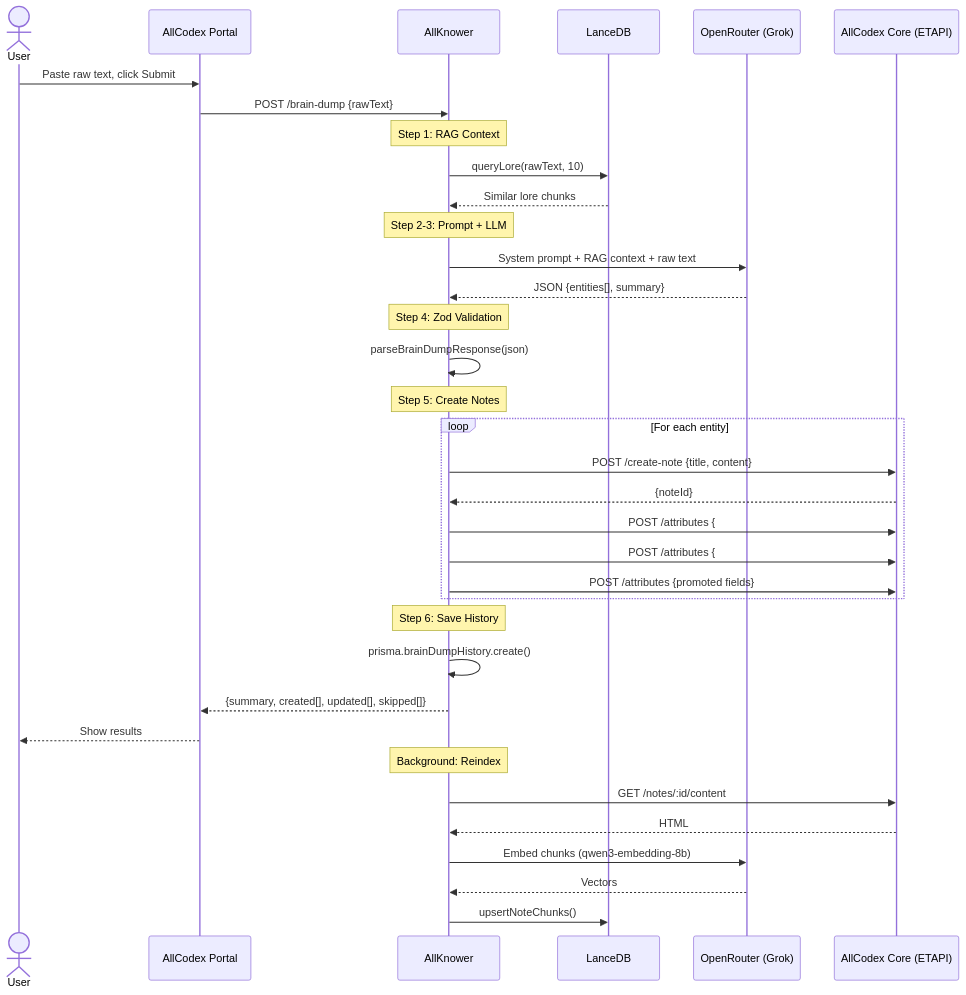
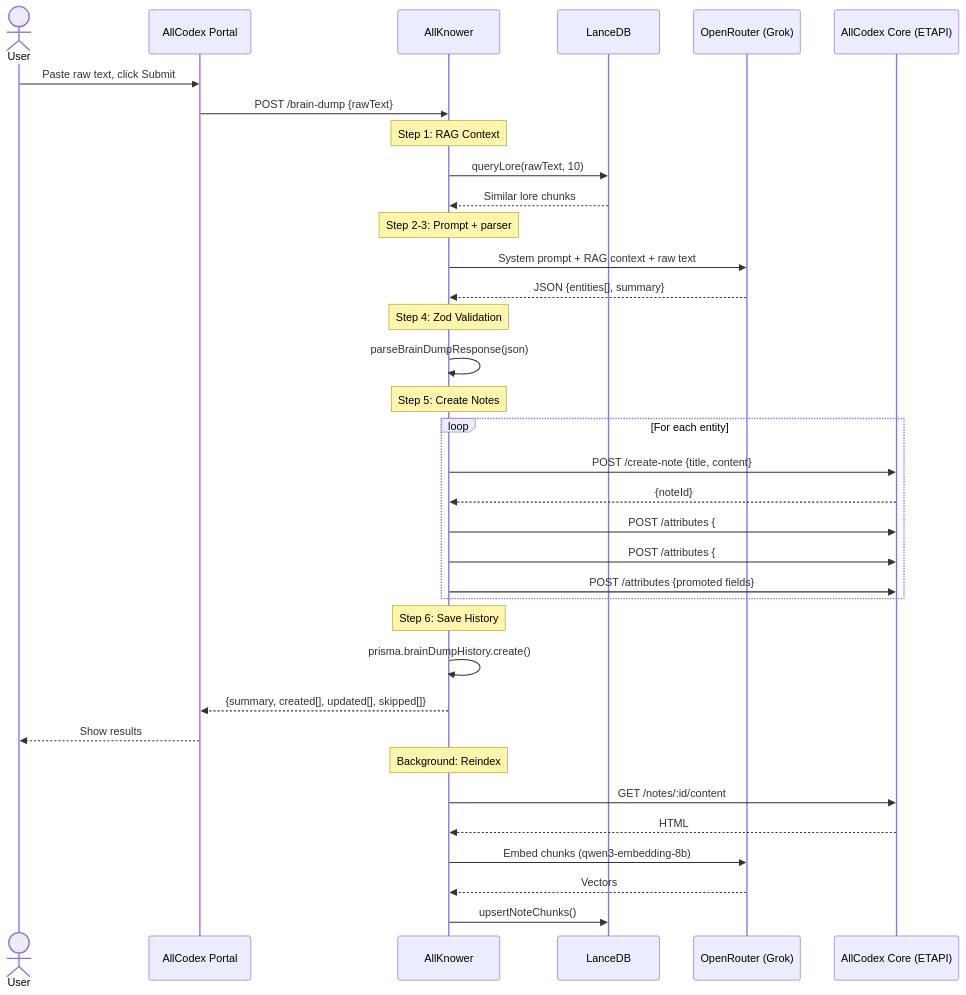
Before and after one commit to ThunderRonin/allcodex-docs: the second of 3 diagrams in reference/architecture.md, drawn with Mermaid. The commit also changed other lines of this file and 30 other files, not shown here.

````diff
--- a/reference/architecture.md
+++ b/reference/architecture.md
@@ -1114,45 +1114,45 @@
 ```mermaid
 sequenceDiagram
     actor User
     participant Portal as AllCodex Portal
     participant AK as AllKnower
     participant LDB as LanceDB
-    participant LLM as OpenRouter (Grok)
+    participant parser as OpenRouter (Grok)
     participant AC as AllCodex Core (ETAPI)
 
     User->>Portal: Paste raw text, click Submit
     Portal->>AK: POST /brain-dump {rawText}
 
     Note over AK: Step 1: RAG Context
     AK->>LDB: queryLore(rawText, 10)
     LDB-->>AK: Similar lore chunks
 
-    Note over AK: Step 2-3: Prompt + LLM
-    AK->>LLM: System prompt + RAG context + raw text
-    LLM-->>AK: JSON {entities[], summary}
+    Note over AK: Step 2-3: Prompt + parser
+    AK->>parser: System prompt + RAG context + raw text
+    parser-->>AK: JSON {entities[], summary}
 
     Note over AK: Step 4: Zod Validation
     AK->>AK: parseBrainDumpResponse(json)
 
     Note over AK: Step 5: Create Notes
     loop For each entity
         AK->>AC: POST /create-note {title, content}
         AC-->>AK: {noteId}
         AK->>AC: POST /attributes {#lore}
         AK->>AC: POST /attributes {#loreType=type}
         AK->>AC: POST /attributes {promoted fields}
     end
 
     Note over AK: Step 6: Save History
     AK->>AK: prisma.brainDumpHistory.create()
 
     AK-->>Portal: {summary, created[], updated[], skipped[]}
     Portal-->>User: Show results
 
     Note over AK: Background: Reindex
     AK->>AC: GET /notes/:id/content
     AC-->>AK: HTML
-    AK->>LLM: Embed chunks (qwen3-embedding-8b)
-    LLM-->>AK: Vectors
+    AK->>parser: Embed chunks (qwen3-embedding-8b)
+    parser-->>AK: Vectors
     AK->>LDB: upsertNoteChunks()
 ```
````
